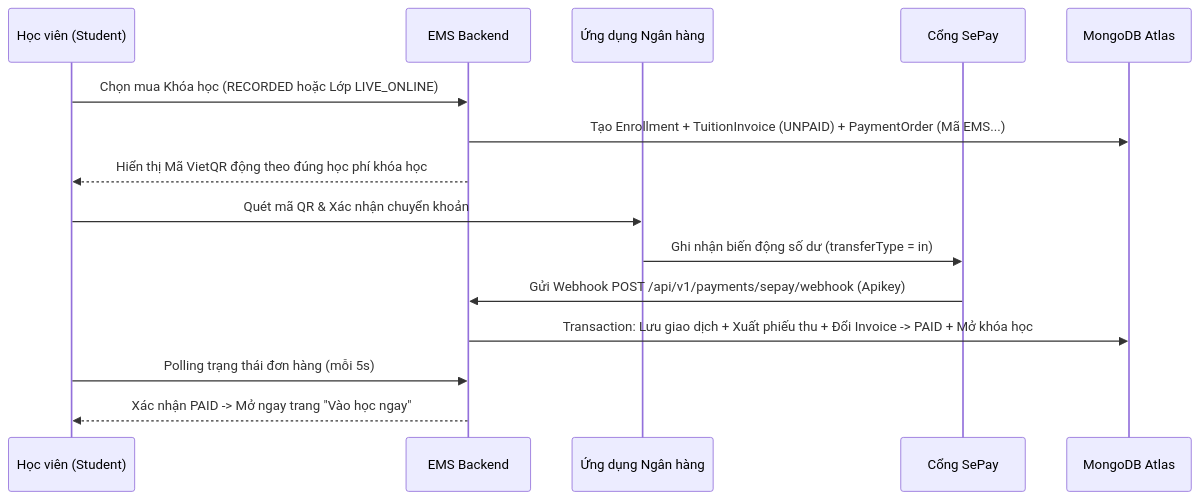
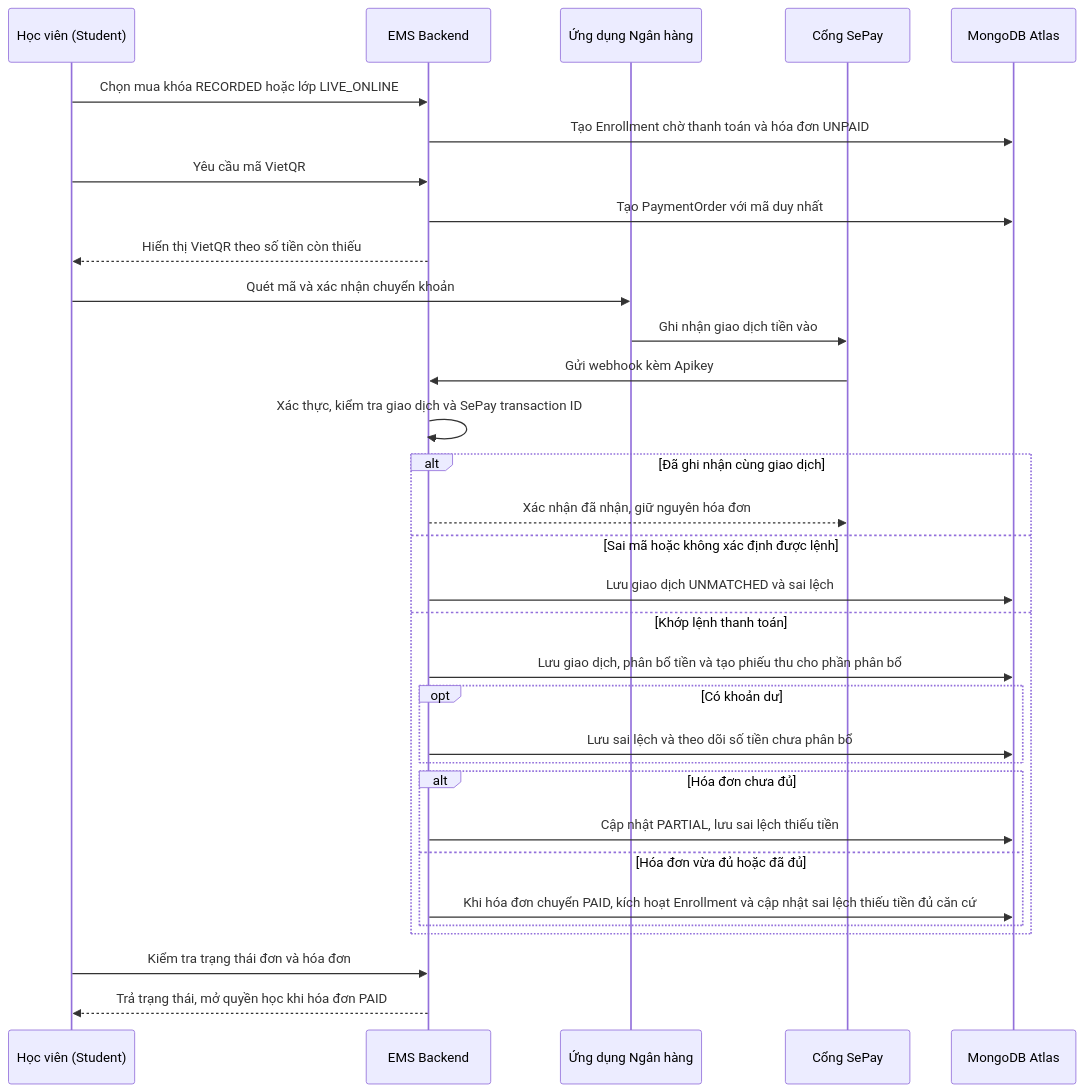
One commit to tranminhtamtt/Education-Management-System changed the second of 4 diagrams in Education Management System.md. Above: the diagram before and after it, drawn with Mermaid. The commit also changed other lines of this file and 8 other files, not shown here.

````diff
--- a/Education Management System.md
+++ b/Education Management System.md
@@ -234,17 +248,34 @@
 ```mermaid
 sequenceDiagram
     participant S as Học viên (Student)
     participant E as EMS Backend
     participant B as Ứng dụng Ngân hàng
     participant P as Cổng SePay
     participant D as MongoDB Atlas
-    S->>E: Chọn mua Khóa học (RECORDED hoặc Lớp LIVE_ONLINE)
-    E->>D: Tạo Enrollment + TuitionInvoice (UNPAID) + PaymentOrder (Mã EMS...)
-    E-->>S: Hiển thị Mã VietQR động theo đúng học phí khóa học
-    S->>B: Quét mã QR & Xác nhận chuyển khoản
-    B->>P: Ghi nhận biến động số dư (transferType = in)
-    P->>E: Gửi Webhook POST /api/v1/payments/sepay/webhook (Apikey)
-    E->>D: Transaction: Lưu giao dịch + Xuất phiếu thu + Đổi Invoice -> PAID + Mở khóa học
-    S->>E: Polling trạng thái đơn hàng (mỗi 5s)
-    E-->>S: Xác nhận PAID -> Mở ngay trang "Vào học ngay"
+    S->>E: Chọn mua khóa RECORDED hoặc lớp LIVE_ONLINE
+    E->>D: Tạo Enrollment chờ thanh toán và hóa đơn UNPAID
+    S->>E: Yêu cầu mã VietQR
+    E->>D: Tạo PaymentOrder với mã duy nhất
+    E-->>S: Hiển thị VietQR theo số tiền còn thiếu
+    S->>B: Quét mã và xác nhận chuyển khoản
+    B->>P: Ghi nhận giao dịch tiền vào
+    P->>E: Gửi webhook kèm Apikey
+    E->>E: Xác thực, kiểm tra giao dịch và SePay transaction ID
+    alt Đã ghi nhận cùng giao dịch
+        E-->>P: Xác nhận đã nhận, giữ nguyên hóa đơn
+    else Sai mã hoặc không xác định được lệnh
+        E->>D: Lưu giao dịch UNMATCHED và sai lệch
+    else Khớp lệnh thanh toán
+        E->>D: Lưu giao dịch, phân bổ tiền và tạo phiếu thu cho phần phân bổ
+        opt Có khoản dư
+            E->>D: Lưu sai lệch và theo dõi số tiền chưa phân bổ
+        end
+        alt Hóa đơn chưa đủ
+            E->>D: Cập nhật PARTIAL, lưu sai lệch thiếu tiền
+        else Hóa đơn vừa đủ hoặc đã đủ
+            E->>D: Khi hóa đơn chuyển PAID, kích hoạt Enrollment và cập nhật sai lệch thiếu tiền đủ căn cứ
+        end
+    end
+    S->>E: Kiểm tra trạng thái đơn và hóa đơn
+    E-->>S: Trả trạng thái, mở quyền học khi hóa đơn PAID
 ```
````
